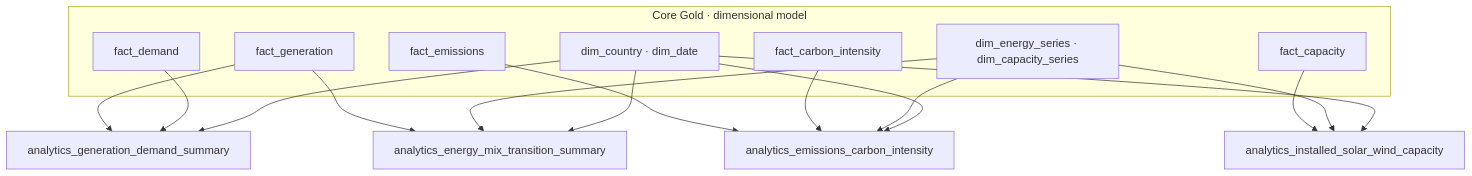
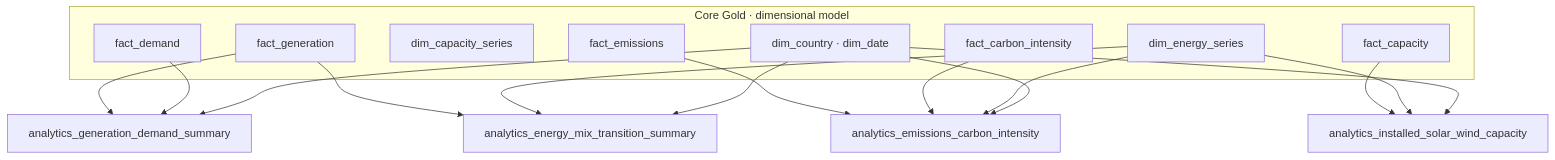
Before and after one commit to georgeballa7/EuropeanEnergyDataAnalytics: the second of 2 diagrams in docs/architecture/gold_erd.md, drawn with Mermaid.

Commit message:
docs: distinguish capacity series dimension in analytics lineage

````diff
--- a/docs/architecture/gold_erd.md
+++ b/docs/architecture/gold_erd.md
@@ -116,26 +116,27 @@
 ```mermaid
 flowchart TB
     subgraph CORE["Core Gold · dimensional model"]
         C["dim_country · dim_date"]
-        E["dim_energy_series · dim_capacity_series"]
+        E["dim_energy_series"]
+        CS["dim_capacity_series"]
         G["fact_generation"]
         D["fact_demand"]
         M["fact_emissions"]
         I["fact_carbon_intensity"]
         K["fact_capacity"]
     end
 
     G --> GD["analytics_generation_demand_summary"]
     D --> GD
     C --> GD
     G --> MIX["analytics_energy_mix_transition_summary"]
     E --> MIX
     C --> MIX
     M --> EM["analytics_emissions_carbon_intensity"]
     I --> EM
     E --> EM
     C --> EM
     K --> CAP["analytics_installed_solar_wind_capacity"]
     E --> CAP
     C --> CAP
 ```
````
